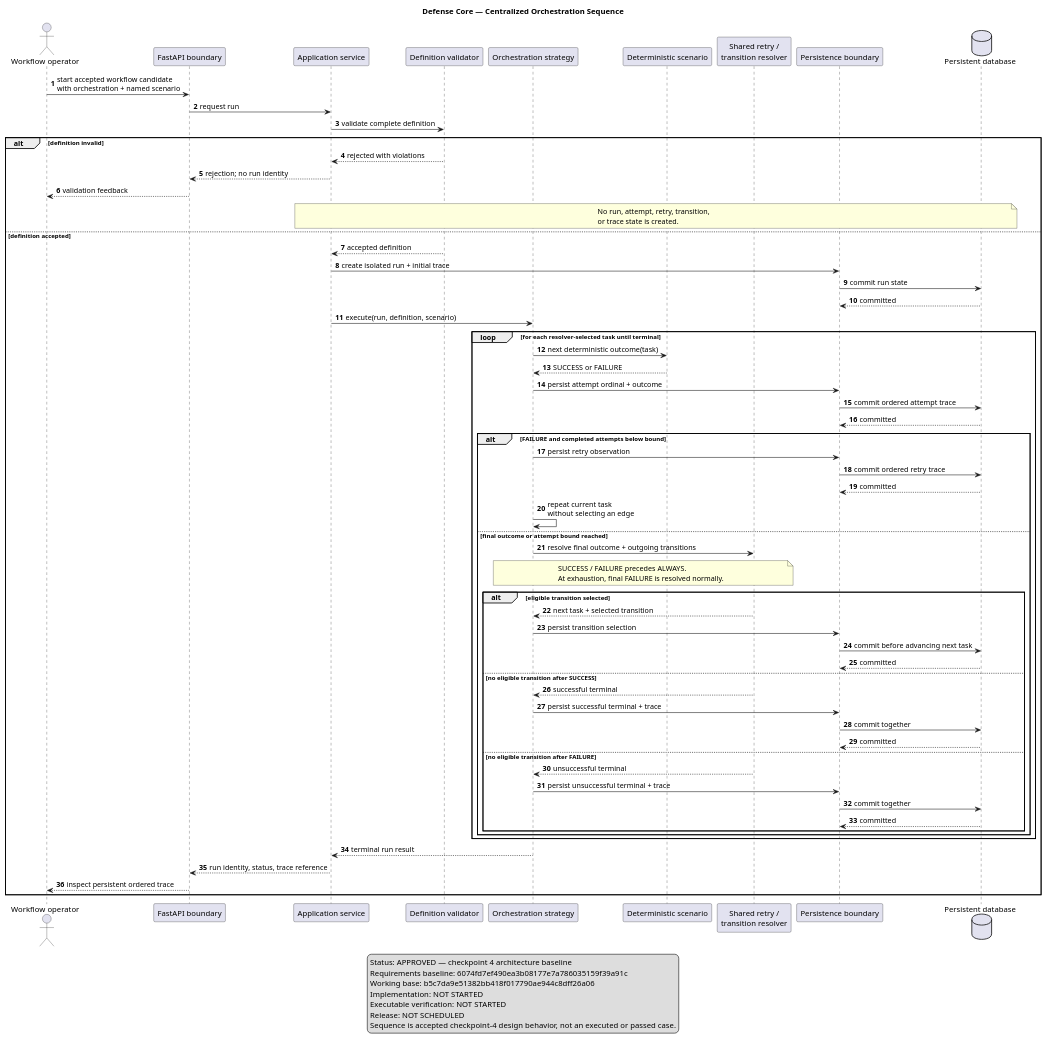
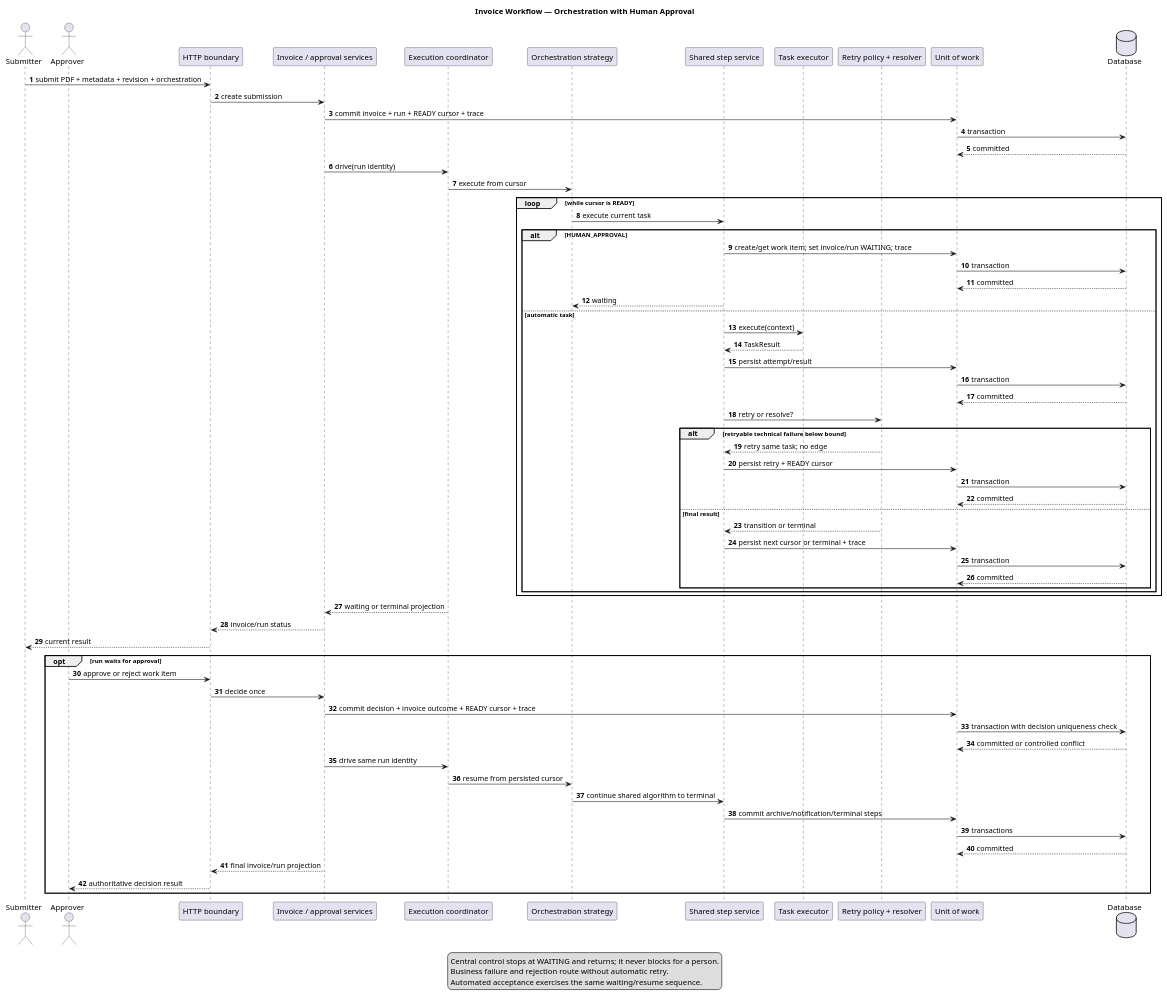
One commit to MAES1102/WMS changed the diagram in docs/architecture/uml/orchestration-sequence.puml. Above: the diagram before and after it, drawn with PlantUML. The commit also changed 147 other files, not shown here.

Commit message:
feat: finalize invoice approval reference product

```diff
--- a/docs/architecture/uml/orchestration-sequence.puml
+++ b/docs/architecture/uml/orchestration-sequence.puml
@@ -1,86 +1,79 @@
 @startuml
-title Defense Core — Centralized Orchestration Sequence
+title Invoice Workflow — Orchestration with Human Approval
 autonumber
 skinparam shadowing false
 
-actor "Workflow operator" as Operator
-participant "FastAPI boundary" as Boundary
-participant "Application service" as Service
-participant "Definition validator" as Validator
+actor Submitter
+actor Approver
+participant "HTTP boundary" as HTTP
+participant "Invoice / approval services" as Service
+participant "Execution coordinator" as Coordinator
 participant "Orchestration strategy" as Orchestrator
-participant "Deterministic scenario" as Scenario
-participant "Shared retry /\ntransition resolver" as Resolver
-participant "Persistence boundary" as Persistence
-database "Persistent database" as Database
+participant "Shared step service" as Step
+participant "Task executor" as Executor
+participant "Retry policy + resolver" as Policy
+participant "Unit of work" as UoW
+database Database
 
-Operator -> Boundary : start accepted workflow candidate\nwith orchestration + named scenario
-Boundary -> Service : request run
-Service -> Validator : validate complete definition
+Submitter -> HTTP : submit PDF + metadata + revision + orchestration
+HTTP -> Service : create submission
+Service -> UoW : commit invoice + run + READY cursor + trace
+UoW -> Database : transaction
+Database --> UoW : committed
+Service -> Coordinator : drive(run identity)
+Coordinator -> Orchestrator : execute from cursor
 
-alt definition invalid
-  Validator --> Service : rejected with violations
-  Service --> Boundary : rejection; no run identity
-  Boundary --> Operator : validation feedback
-  note over Service,Database
-  No run, attempt, retry, transition,
-  or trace state is created.
-  end note
-else definition accepted
-  Validator --> Service : accepted definition
-  Service -> Persistence : create isolated run + initial trace
-  Persistence -> Database : commit run state
-  Database --> Persistence : committed
-  Service -> Orchestrator : execute(run, definition, scenario)
-
-  loop for each resolver-selected task until terminal
-    Orchestrator -> Scenario : next deterministic outcome(task)
-    Scenario --> Orchestrator : SUCCESS or FAILURE
-    Orchestrator -> Persistence : persist attempt ordinal + outcome
-    Persistence -> Database : commit ordered attempt trace
-    Database --> Persistence : committed
-
-    alt FAILURE and completed attempts below bound
-      Orchestrator -> Persistence : persist retry observation
-      Persistence -> Database : commit ordered retry trace
-      Database --> Persistence : committed
-      Orchestrator -> Orchestrator : repeat current task\nwithout selecting an edge
-    else final outcome or attempt bound reached
-      Orchestrator -> Resolver : resolve final outcome + outgoing transitions
-      note over Orchestrator,Resolver
-      SUCCESS / FAILURE precedes ALWAYS.
-      At exhaustion, final FAILURE is resolved normally.
-      end note
-      alt eligible transition selected
-        Resolver --> Orchestrator : next task + selected transition
-        Orchestrator -> Persistence : persist transition selection
-        Persistence -> Database : commit before advancing next task
-        Database --> Persistence : committed
-      else no eligible transition after SUCCESS
-        Resolver --> Orchestrator : successful terminal
-        Orchestrator -> Persistence : persist successful terminal + trace
-        Persistence -> Database : commit together
-        Database --> Persistence : committed
-      else no eligible transition after FAILURE
-        Resolver --> Orchestrator : unsuccessful terminal
-        Orchestrator -> Persistence : persist unsuccessful terminal + trace
-        Persistence -> Database : commit together
-        Database --> Persistence : committed
-      end
+loop while cursor is READY
+  Orchestrator -> Step : execute current task
+  alt HUMAN_APPROVAL
+    Step -> UoW : create/get work item; set invoice/run WAITING; trace
+    UoW -> Database : transaction
+    Database --> UoW : committed
+    Step --> Orchestrator : waiting
+  else automatic task
+    Step -> Executor : execute(context)
+    Executor --> Step : TaskResult
+    Step -> UoW : persist attempt/result
+    UoW -> Database : transaction
+    Database --> UoW : committed
+    Step -> Policy : retry or resolve?
+    alt retryable technical failure below bound
+      Policy --> Step : retry same task; no edge
+      Step -> UoW : persist retry + READY cursor
+      UoW -> Database : transaction
+      Database --> UoW : committed
+    else final result
+      Policy --> Step : transition or terminal
+      Step -> UoW : persist next cursor or terminal + trace
+      UoW -> Database : transaction
+      Database --> UoW : committed
     end
   end
+end
 
-  Orchestrator --> Service : terminal run result
-  Service --> Boundary : run identity, status, trace reference
-  Boundary --> Operator : inspect persistent ordered trace
+Coordinator --> Service : waiting or terminal projection
+Service --> HTTP : invoice/run status
+HTTP --> Submitter : current result
+
+opt run waits for approval
+  Approver -> HTTP : approve or reject work item
+  HTTP -> Service : decide once
+  Service -> UoW : commit decision + invoice outcome + READY cursor + trace
+  UoW -> Database : transaction with decision uniqueness check
+  Database --> UoW : committed or controlled conflict
+  Service -> Coordinator : drive same run identity
+  Coordinator -> Orchestrator : resume from persisted cursor
+  Orchestrator -> Step : continue shared algorithm to terminal
+  Step -> UoW : commit archive/notification/terminal steps
+  UoW -> Database : transactions
+  Database --> UoW : committed
+  Service --> HTTP : final invoice/run projection
+  HTTP --> Approver : authoritative decision result
 end
 
 legend
-Status: APPROVED — checkpoint 4 architecture baseline
-Requirements baseline: 6074fd7ef490ea3b08177e7a786035159f39a91c
-Working base: b5c7da9e51382bb418f017790ae944c8dff26a06
-Implementation: NOT STARTED
-Executable verification: NOT STARTED
-Release: NOT SCHEDULED
-Sequence is accepted checkpoint-4 design behavior, not an executed or passed case.
+Central control stops at WAITING and returns; it never blocks for a person.
+Business failure and rejection route without automatic retry.
+Automated acceptance exercises the same waiting/resume sequence.
 endlegend
 @enduml
```
